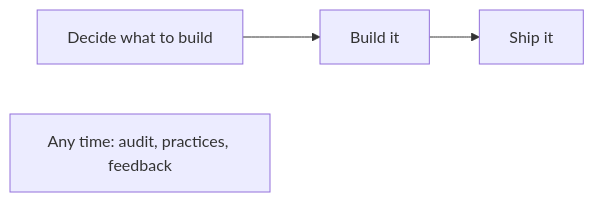
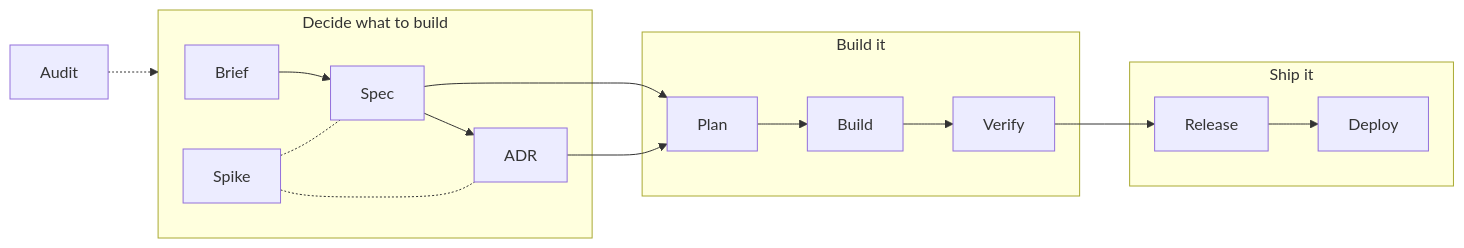
The first of 7 diagrams in docs/lifecycle.md (michaelmarconi/agentic-engineering), drawn with Mermaid before and after one commit. The commit also changed other lines of this file, not shown here.

Commit message:
Lifecycle draft: an overview with each phase's steps, the detail left to Steps

````diff
--- a/docs/lifecycle.md
+++ b/docs/lifecycle.md
@@ -11,5 +11,19 @@
 ```mermaid
 flowchart LR
-    Decide[Decide what to build] --> Build[Build it] --> Ship[Ship it]
-    Any[Any time: audit, practices, feedback]
+    subgraph Decide[Decide what to build]
+        Brief --> Spec --> ADR
+        Spike
+    end
+    subgraph Make[Build it]
+        Plan --> Build --> Verify
+    end
+    subgraph Ship[Ship it]
+        Release --> Deploy
+    end
+    Spec --> Plan
+    ADR --> Plan
+    Verify --> Release
+    Spike -.- Spec
+    Spike -.- ADR
+    Audit -.-> Decide
 ```
````
